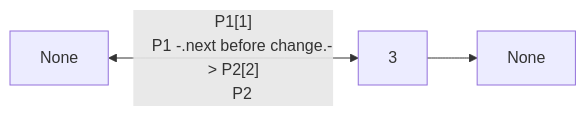
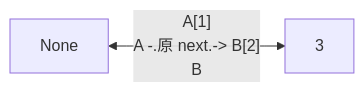
One commit to xcl2005/RAG-Agent changed the fourth of 4 diagrams in docs/INTERVIEW_ALGORITHMS.md. Above: the diagram before and after it, drawn with Mermaid. The commit also changed other lines of this file, not shown here.

````diff
--- a/docs/INTERVIEW_ALGORITHMS.md
+++ b/docs/INTERVIEW_ALGORITHMS.md
@@ -303,7 +610,6 @@
 ```mermaid
 flowchart LR
-    N[None] <-- P1[1]
-    P1 -.next before change.-> P2[2]
-    P2 --> P3[3]
-    P3 --> X[None]
+    N[None] <-- A[1]
+    A -.原 next.-> B[2]
+    B --> C[3]
 ```
````
